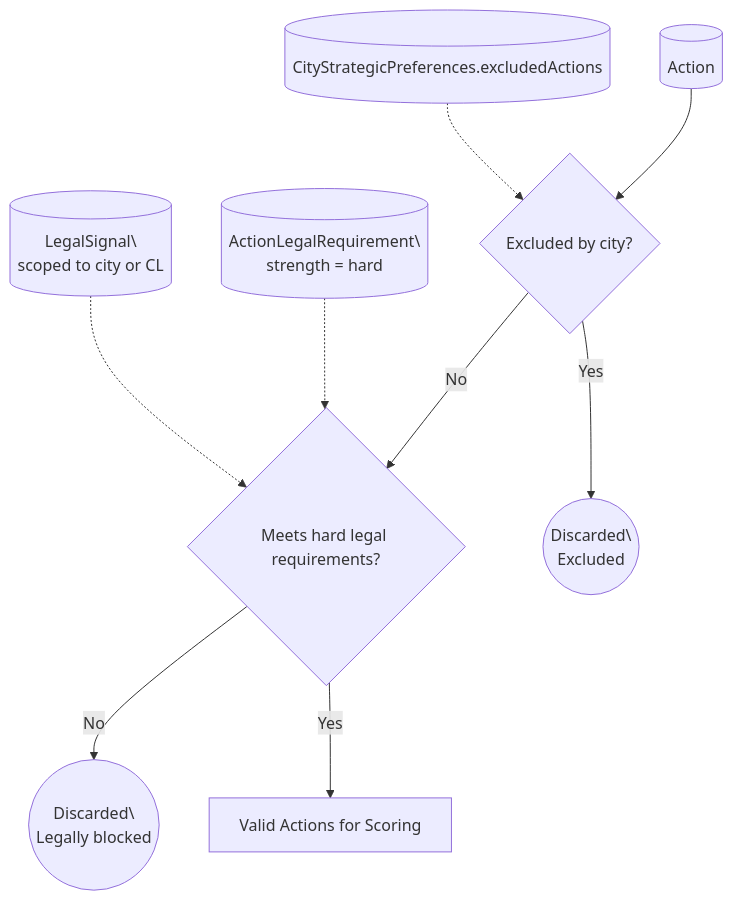
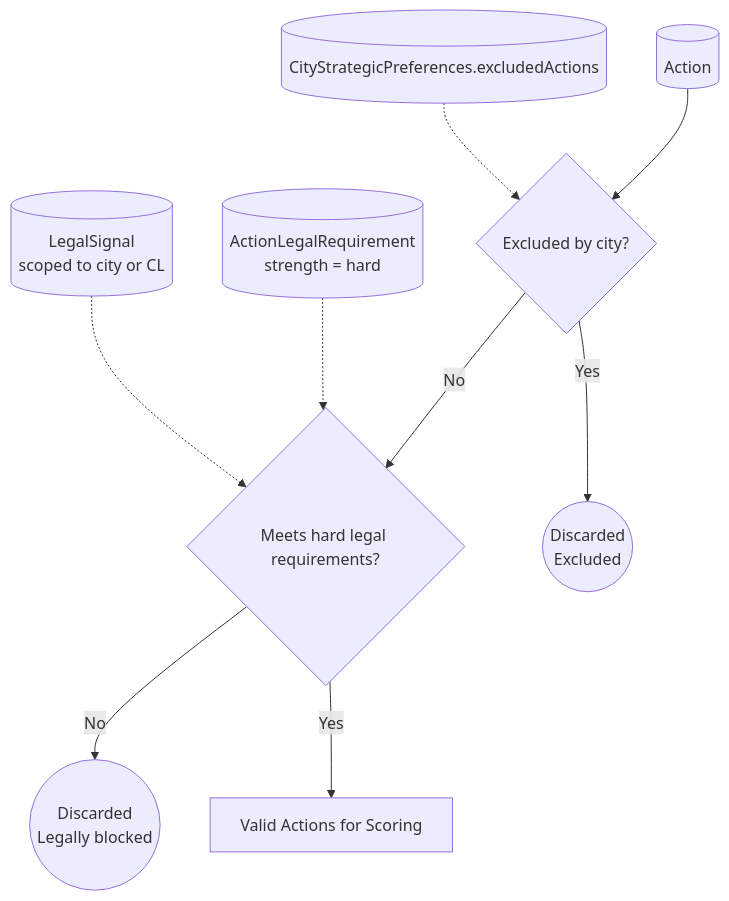
One commit to Open-Earth-Foundation/CityCatalyst changed the first of 5 diagrams in hiap-meed/docs/detailed-block-architecture.md. Above: the diagram before and after it, drawn with Mermaid. The commit also changed other lines of this file and 18 other files, not shown here.

````diff
--- a/hiap-meed/docs/detailed-block-architecture.md
+++ b/hiap-meed/docs/detailed-block-architecture.md
@@ -44,26 +42,26 @@
-```mermaid id="hard-filter-option-a"
+```mermaid
 graph TD
   ActionTbl[(Action)]
   PrefTbl[(CityStrategicPreferences.excludedActions)]
-  ReqTbl[(ActionLegalRequirement\\nstrength = hard)]
-  SigTbl[(LegalSignal\\nscoped to city or CL)]
+  ReqTbl[(ActionLegalRequirement<br/>strength = hard)]
+  SigTbl[(LegalSignal<br/>scoped to city or CL)]
 
   Excl{Excluded by city?}
   Legal{Meets hard legal requirements?}
 
-  DiscardExcl((Discarded\\nExcluded))
-  DiscardLegal((Discarded\\nLegally blocked))
+  DiscardExcl((Discarded<br/>Excluded))
+  DiscardLegal((Discarded<br/>Legally blocked))
   Valid[Valid Actions for Scoring]
 
   ActionTbl --> Excl
   PrefTbl -.-> Excl
 
   Excl -- Yes --> DiscardExcl
   Excl -- No --> Legal
 
   ReqTbl -.-> Legal
   SigTbl -.-> Legal
 
   Legal -- No --> DiscardLegal
   Legal -- Yes --> Valid
 ```
````
